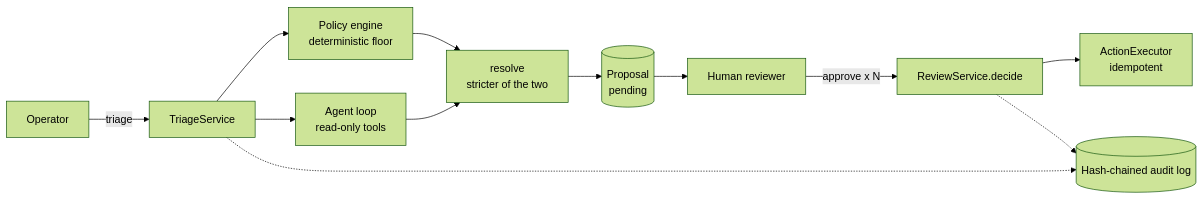
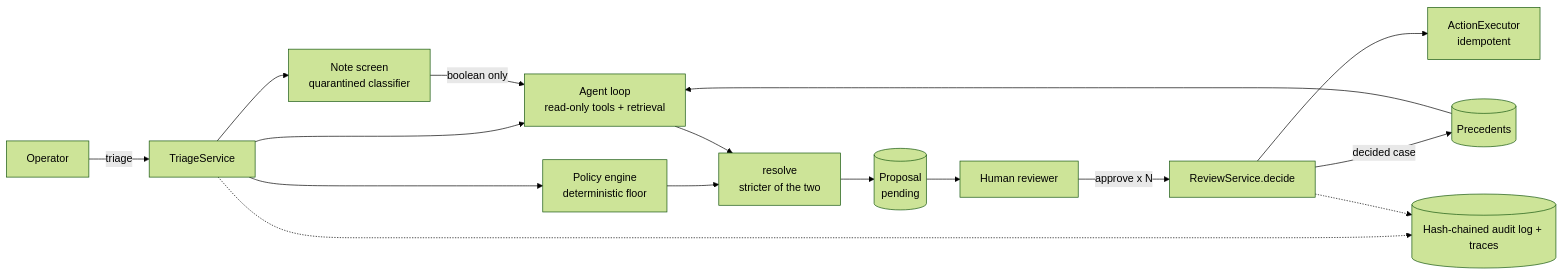
One commit to lucas-low/withdrawal-triage-agent changed the diagram in README.md. Above: the diagram before and after it, drawn with Mermaid (forest theme). The commit also changed other lines of this file and 9 other files, not shown here.

````diff
--- a/README.md
+++ b/README.md
@@ -57,14 +87,18 @@
 ```mermaid
 flowchart LR
   Op[Operator] -->|triage| T[TriageService]
+  T --> S[Note screen<br/>quarantined classifier]
   T --> P[Policy engine<br/>deterministic floor]
-  T --> A[Agent loop<br/>read-only tools]
+  T --> A[Agent loop<br/>read-only tools + retrieval]
+  S -->|boolean only| A
   P --> R[resolve<br/>stricter of the two]
   A --> R
   R --> Q[(Proposal<br/>pending)]
   Q --> H[Human reviewer]
   H -->|approve x N| X[ReviewService.decide]
   X --> E[ActionExecutor<br/>idempotent]
-  T -.-> L[(Hash-chained audit log)]
+  X -->|decided case| PR[(Precedents)]
+  PR --> A
+  T -.-> L[(Hash-chained audit log + traces)]
   X -.-> L
 ```
````
